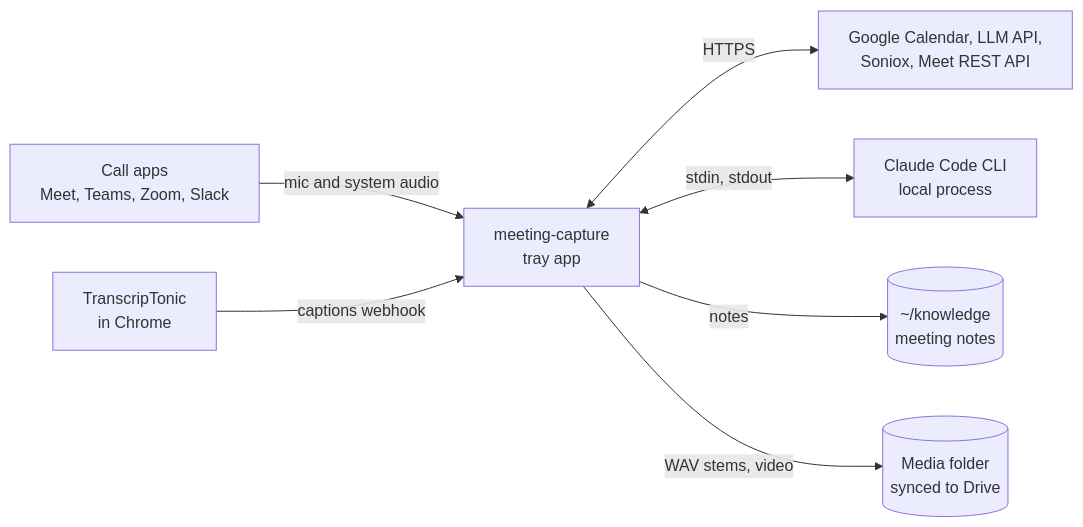
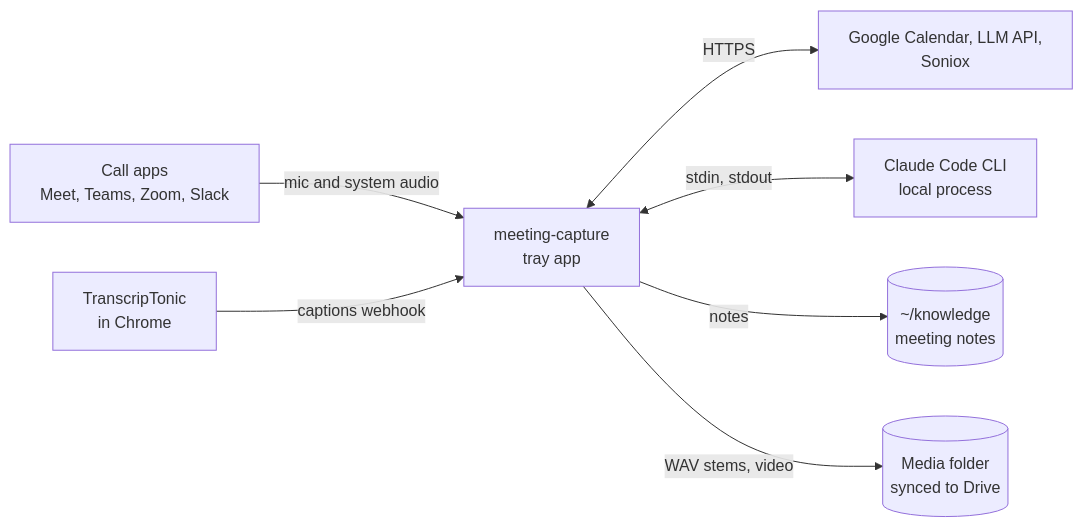
Before and after one commit to kujjwal02/meeting-capture: the first of 9 diagrams in docs/02-architecture.md, drawn with Mermaid. The commit also changed other lines of this file and 3 other files, not shown here.

Commit message:
Add phase 1b for the mc-meet extension and drop the Meet REST API

````diff
--- a/docs/02-architecture.md
+++ b/docs/02-architecture.md
@@ -12,17 +12,17 @@
 ```mermaid
 flowchart LR
     CALL["Call apps<br/>Meet, Teams, Zoom, Slack"]
     TT["TranscripTonic<br/>in Chrome"]
     APP["meeting-capture<br/>tray app"]
-    EXT["Google Calendar, LLM API,<br/>Soniox, Meet REST API"]
+    EXT["Google Calendar, LLM API,<br/>Soniox"]
     CC["Claude Code CLI<br/>local process"]
     VAULT[("~/knowledge<br/>meeting notes")]
     MEDIA[("Media folder<br/>synced to Drive")]
 
     CALL -->|mic and system audio| APP
     TT -->|captions webhook| APP
     APP <-->|HTTPS| EXT
     APP <-->|stdin, stdout| CC
     APP -->|notes| VAULT
     APP -->|WAV stems, video| MEDIA
 ```
````
